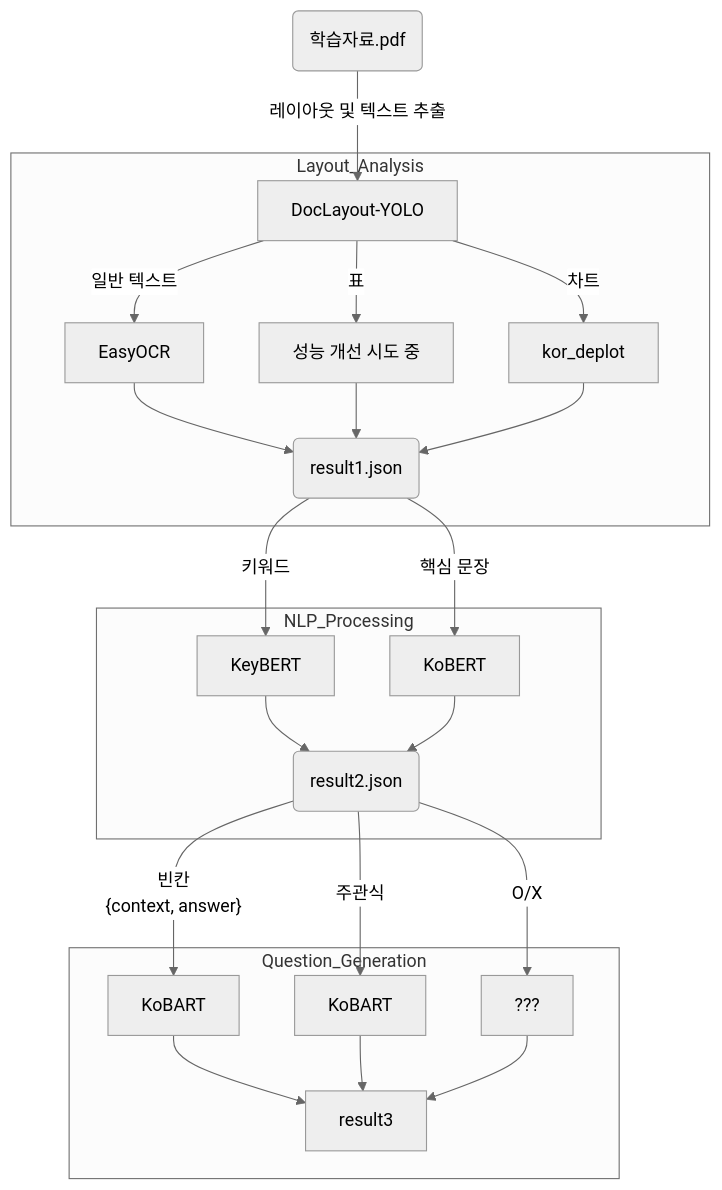
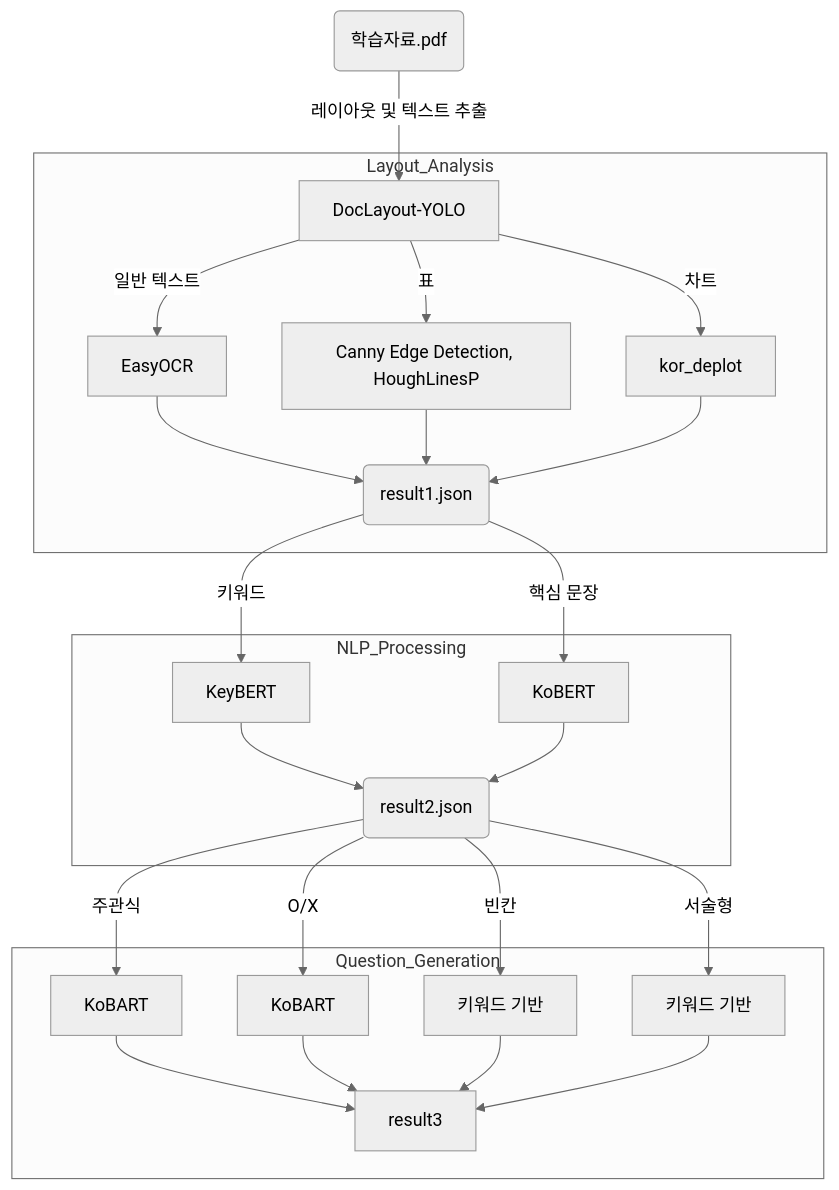
Before and after one commit to p-garden/gen_question_model: the diagram in README.md, drawn with Mermaid (neutral theme).

````diff
--- a/README.md
+++ b/README.md
@@ -19,30 +19,32 @@
 ```mermaid
 graph TD
     Input(학습자료.pdf)--레이아웃 및 텍스트 추출--> YOLO[DocLayout-YOLO]
     
     subgraph Layout_Analysis
         YOLO--일반 텍스트--> Text[EasyOCR]
-        YOLO--표--> Table[성능 개선 시도 중]
+        YOLO--표--> Table[Canny Edge Detection, HoughLinesP]
         YOLO--차트--> Chart[kor_deplot]
         Text --> result1(result1.json)
         Table --> result1
         Chart --> result1
     end
     
     result1 --키워드--> KeyBERT
     result1 --핵심 문장--> KoBERT
 
     subgraph NLP_Processing
         KeyBERT --> result2(result2.json)
         KoBERT --> result2
     end
 
     subgraph Question_Generation
-        result2 --빈칸<br>{context, answer}--> GQ1[KoBART]
-        result2 --주관식--> GQ2[KoBART]
-        result2 --O/X--> GQ3[???]
+        result2 --주관식--> GQ1[KoBART]
+        result2 --O/X--> GQ2[KoBART]
+        result2 --빈칸--> GQ3[키워드 기반]
+        result2 --서술형--> GQ4[키워드 기반]
         GQ1 --> result3
         GQ2 --> result3
         GQ3 --> result3
+        GQ4 --> result3
     end
 ```
````
